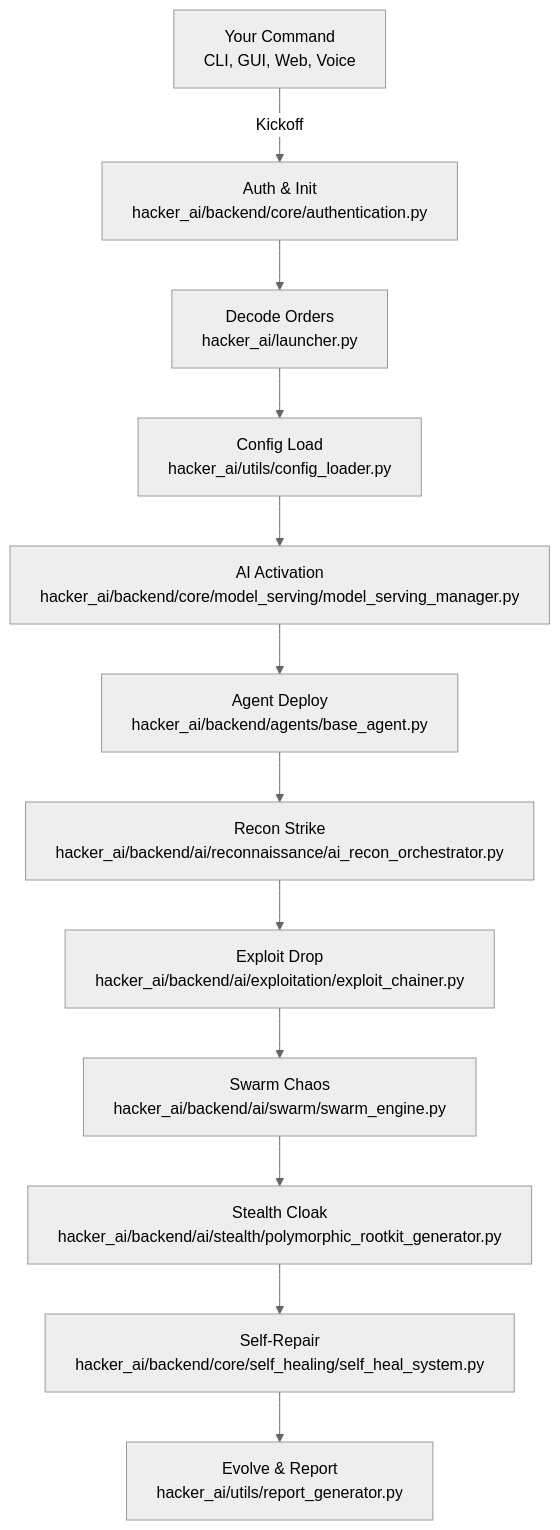
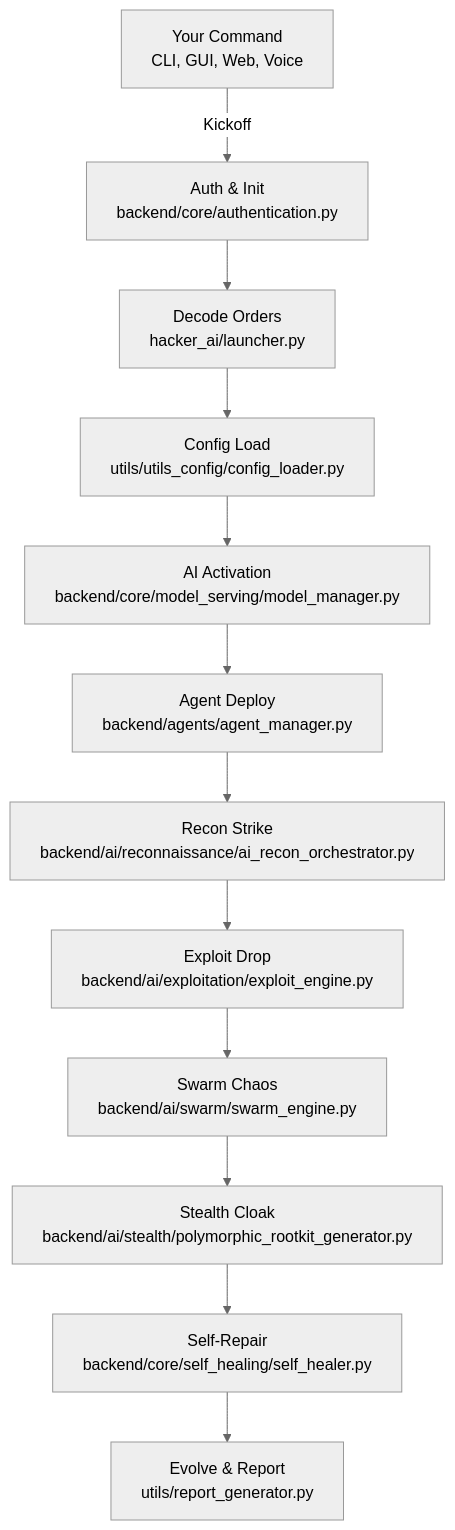
The diagram in README.md (BhanuGuragain0/Hacker_AI), drawn with Mermaid (neutral theme) before and after one commit. The commit also changed other lines of this file, not shown here.

````diff
--- a/README.md
+++ b/README.md
@@ -425,14 +431,14 @@
-```mermaid
-graph TD
-    A["Your Command<br>CLI, GUI, Web, Voice"] -->|Kickoff| B["Auth & Init<br>hacker_ai/backend/core/authentication.py"]
-    B --> C["Decode Orders<br>hacker_ai/launcher.py"]
-    C --> D["Config Load<br>hacker_ai/utils/config_loader.py"]
-    D --> E["AI Activation<br>hacker_ai/backend/core/model_serving/model_serving_manager.py"]
-    E --> F["Agent Deploy<br>hacker_ai/backend/agents/base_agent.py"]
-    F --> G["Recon Strike<br>hacker_ai/backend/ai/reconnaissance/ai_recon_orchestrator.py"]
-    G --> H["Exploit Drop<br>hacker_ai/backend/ai/exploitation/exploit_chainer.py"]
-    H --> I["Swarm Chaos<br>hacker_ai/backend/ai/swarm/swarm_engine.py"]
-    I --> J["Stealth Cloak<br>hacker_ai/backend/ai/stealth/polymorphic_rootkit_generator.py"]
-    J --> K["Self-Repair<br>hacker_ai/backend/core/self_healing/self_heal_system.py"]
-    K --> L["Evolve & Report<br>hacker_ai/utils/report_generator.py"]
+```mermaid  
+graph TD  
+    A["Your Command<br>CLI, GUI, Web, Voice"] -->|Kickoff| B["Auth & Init<br>backend/core/authentication.py"]  
+    B --> C["Decode Orders<br>hacker_ai/launcher.py"]  
+    C --> D["Config Load<br>utils/utils_config/config_loader.py"]  
+    D --> E["AI Activation<br>backend/core/model_serving/model_manager.py"]  
+    E --> F["Agent Deploy<br>backend/agents/agent_manager.py"]  
+    F --> G["Recon Strike<br>backend/ai/reconnaissance/ai_recon_orchestrator.py"]  
+    G --> H["Exploit Drop<br>backend/ai/exploitation/exploit_engine.py"]  
+    H --> I["Swarm Chaos<br>backend/ai/swarm/swarm_engine.py"]  
+    I --> J["Stealth Cloak<br>backend/ai/stealth/polymorphic_rootkit_generator.py"]  
+    J --> K["Self-Repair<br>backend/core/self_healing/self_healer.py"]  
+    K --> L["Evolve & Report<br>utils/report_generator.py"]  
 ```
````
